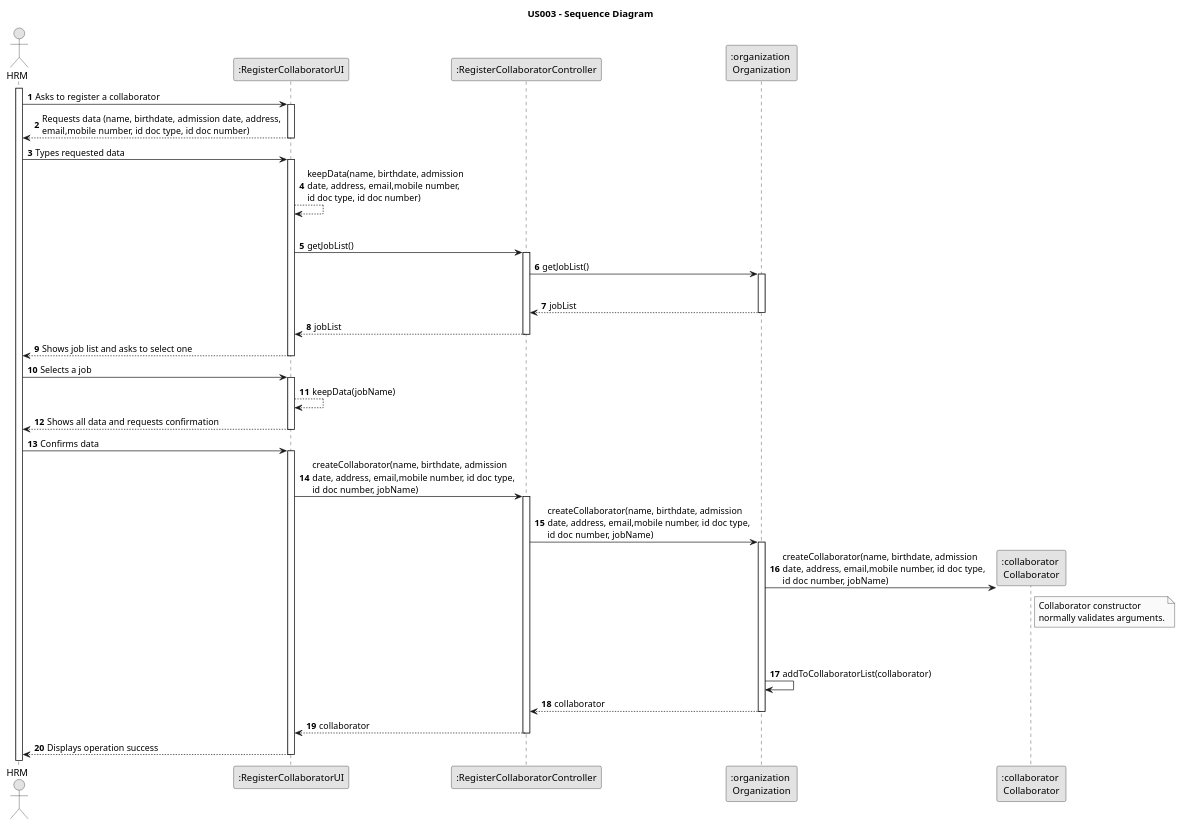
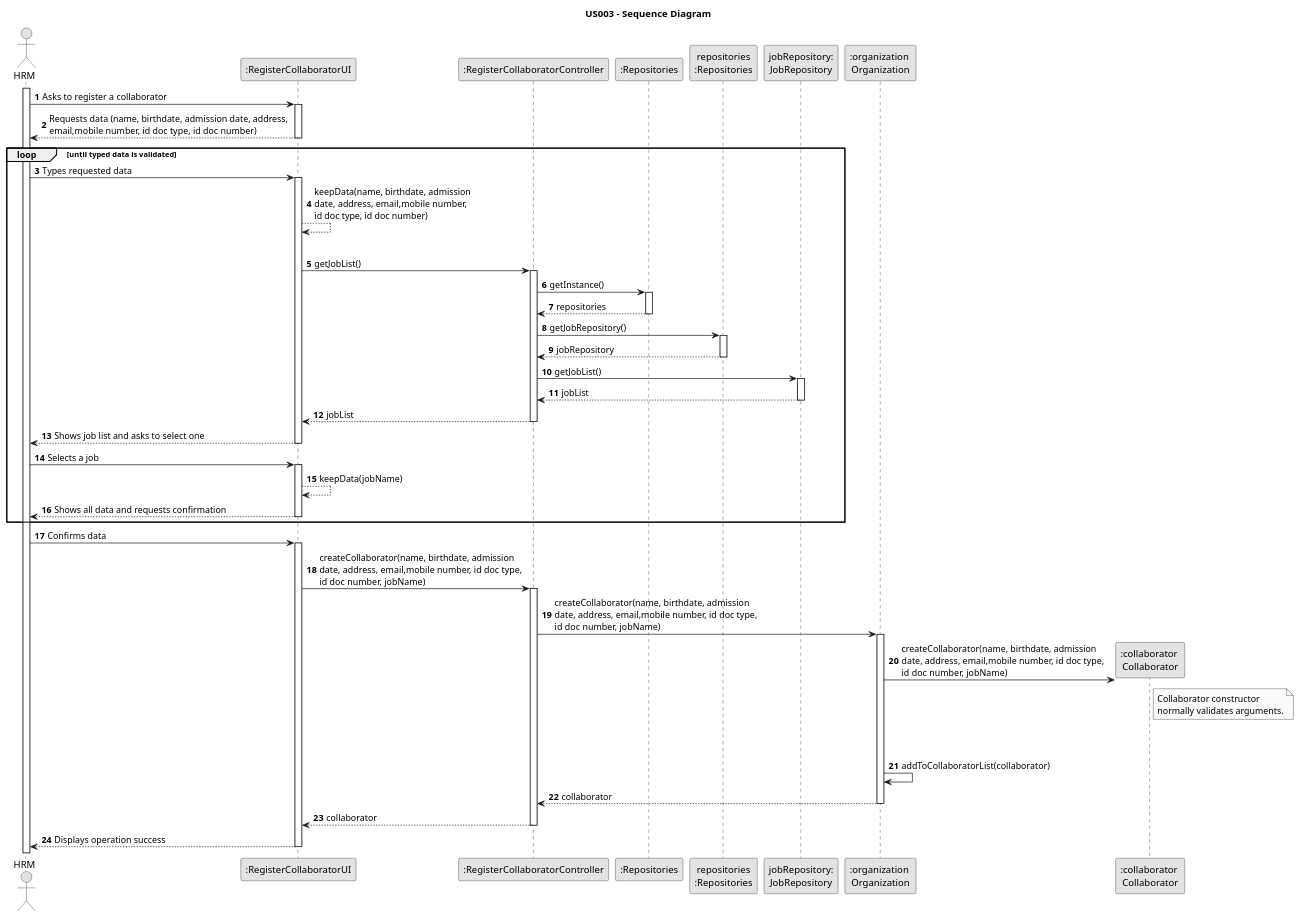
One commit to Rui-San/LAPR2_2023_2024 changed the diagram in docs/sprintB/us003/03.design/puml/us003-sequence-diagram.puml. Above: the diagram before and after it, drawn with PlantUML. The commit also changed 2 other files, not shown here.

Commit message:
US003 Design: changed the SD with repositories for JobList and new .svg

```diff
--- a/docs/sprintB/us003/03.design/puml/us003-sequence-diagram.puml
+++ b/docs/sprintB/us003/03.design/puml/us003-sequence-diagram.puml
@@ -1,82 +1,101 @@
 @startuml
 skinparam monochrome true
 skinparam packageStyle rectangle
 skinparam shadowing false
 
 title US003 - Sequence Diagram
 
 autonumber
 
 actor "HRM" as HRM
 participant ":RegisterCollaboratorUI" as UI
 participant ":RegisterCollaboratorController" as CTRL
+participant ":Repositories" as RepositorySingleton
+participant "repositories\n:Repositories" as PLAT
+participant "jobRepository:\nJobRepository" as JobRepository
 participant ":organization \nOrganization" as ORG
 participant ":collaborator \nCollaborator" as COL
+
+
 activate HRM
 
     HRM -> UI : Asks to register a collaborator
 
     activate UI
 
         UI --> HRM : Requests data (name, birthdate, admission date, address, \nemail,mobile number, id doc type, id doc number)
     deactivate UI
+
+    loop until typed data is validated
 
     HRM -> UI : Types requested data
 
     activate UI
         UI --> UI : keepData(name, birthdate, admission\ndate, address, email,mobile number,\nid doc type, id doc number)
         |||
         UI -> CTRL : getJobList()
 
 
         activate CTRL
 
-            CTRL -> ORG : getJobList()
-|||
+            CTRL -> RepositorySingleton : getInstance()
 
-            activate ORG
+            activate RepositorySingleton
 
-            ORG --> CTRL : jobList
-            deactivate ORG
+            RepositorySingleton --> CTRL : repositories
+            deactivate RepositorySingleton
+
+            CTRL -> PLAT : getJobRepository()
+            activate PLAT
+
+            PLAT --> CTRL : jobRepository
+            deactivate PLAT
+
+            CTRL -> JobRepository : getJobList()
+            activate JobRepository
+
+            JobRepository --> CTRL : jobList
+            deactivate JobRepository
 
             CTRL --> UI : jobList
         deactivate CTRL
 
         UI --> HRM : Shows job list and asks to select one
     deactivate UI
 
     HRM -> UI : Selects a job
 
     activate UI
 
         UI --> UI : keepData(jobName)
         UI --> HRM : Shows all data and requests confirmation
     deactivate UI
+    end
 
     HRM -> UI : Confirms data
 
     activate UI
 
         UI -> CTRL : createCollaborator(name, birthdate, admission\ndate, address, email,mobile number, id doc type,\nid doc number, jobName)
         activate CTRL
 
             CTRL -> ORG : createCollaborator(name, birthdate, admission\ndate, address, email,mobile number, id doc type,\nid doc number, jobName)
             activate ORG
 
                 ORG -> COL** : createCollaborator(name, birthdate, admission\ndate, address, email,mobile number, id doc type,\nid doc number, jobName)
                 note right of COL : Collaborator constructor\nnormally validates arguments.
                 |||
                 |||
                 ORG -> ORG : addToCollaboratorList(collaborator)
                 ORG --> CTRL : collaborator
             deactivate ORG
 
             CTRL --> UI : collaborator
         deactivate CTRL
 
         UI --> HRM : Displays operation success
     deactivate UI
 
 
 
 @enduml
```
